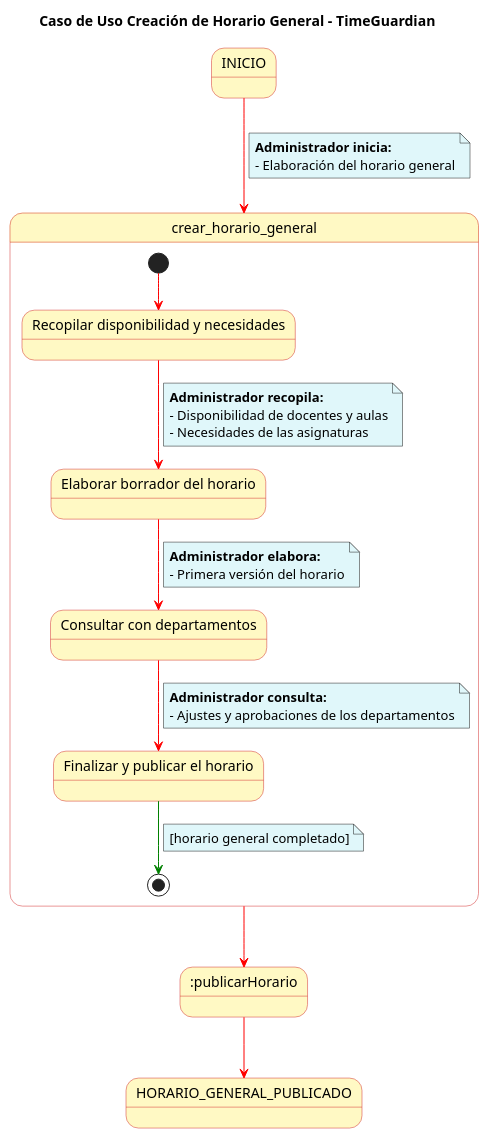
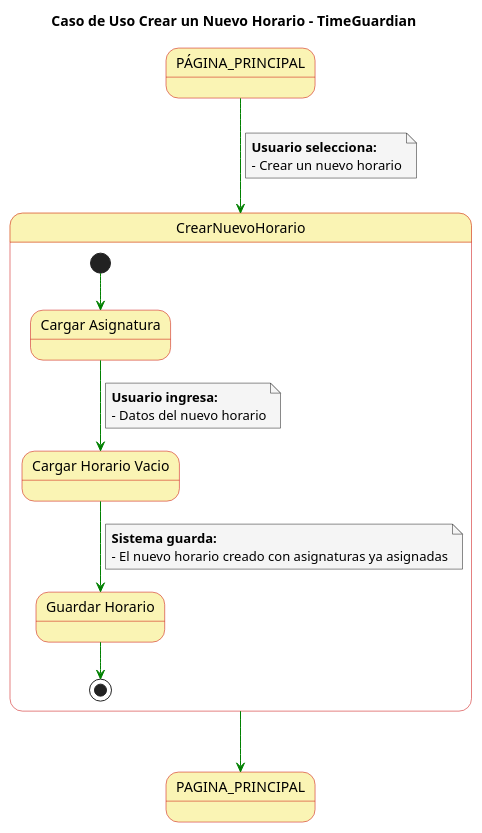
The diagram in Casos de Uso/Detalles de creación de horario.puml (mmasias/23-24-IdSw1-SDR), drawn with PlantUML before and after one commit. The commit also changed 41 other files, not shown here.

```diff
--- a/Casos de Uso/Detalles de creación de horario.puml
+++ b/Casos de Uso/Detalles de creación de horario.puml
@@ -1,55 +1,41 @@
 @startuml
-
 skinparam state {
-  BackgroundColor #fff9c4
-  BorderColor #d32f2f
+  BackgroundColor #faf4b4
+  BorderColor #c90000
 }
 
 skinparam note {
-  BackgroundColor #e0f7fa
+  BackgroundColor #f5f5f5
 }
 
 skinparam linetype polyline
 
-title Caso de Uso Creación de Horario General - TimeGuardian
+title Caso de Uso Crear un Nuevo Horario - TimeGuardian
 
-INICIO -[#red]-> crear_horario_general
+PÁGINA_PRINCIPAL -[#green]-> CrearNuevoHorario
 note on link
-  **Administrador inicia:**
-  - Elaboración del horario general
+  **Usuario selecciona:**
+  - Crear un nuevo horario
 end note
 
-state crear_horario_general {
-  state "Recopilar disponibilidad y necesidades" as A
-  state "Elaborar borrador del horario" as B
-  state "Consultar con departamentos" as C
-  state "Finalizar y publicar el horario" as D
-
-  [*] -[#red]-> A
-  A -[#red]-> B
+state CrearNuevoHorario {
+  state "Cargar Asignatura" as Cargar
+  state "Cargar Horario Vacio" as Ingresar
+  state "Guardar Horario" as Guardar
+  
+  [*] -[#green]-> Cargar
+  Cargar -[#green]-> Ingresar
   note on link
-      **Administrador recopila:**
-      - Disponibilidad de docentes y aulas
-      - Necesidades de las asignaturas
+    **Usuario ingresa:**
+    - Datos del nuevo horario
   end note
-  B -[#red]-> C
+  Ingresar -[#green]-> Guardar
   note on link
-    **Administrador elabora:**
-    - Primera versión del horario
+    **Sistema guarda:**
+    - El nuevo horario creado con asignaturas ya asignadas
   end note
-  C -[#red]-> D
-  note on link
-    **Administrador consulta:**
-    - Ajustes y aprobaciones de los departamentos
-  end note
-  D -[#green]-> [*]
-  note on link
-    [horario general completado]
-  end note
+  Guardar -[#green]-> [*]
 }
 
-crear_horario_general -[#red]-> :publicarHorario
-
-:publicarHorario -[#red]-> HORARIO_GENERAL_PUBLICADO
-
+CrearNuevoHorario -[#green]-> PAGINA_PRINCIPAL
 @enduml
```
